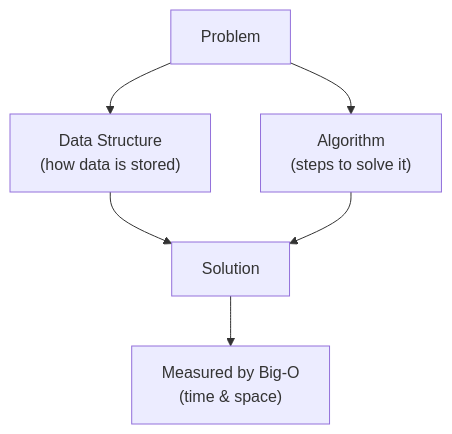
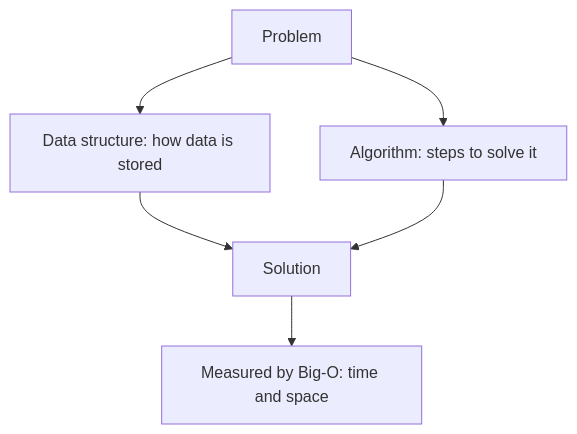
Before and after one commit to mohammad-mriesh-job/cortex: the first of 2 diagrams in src/modules/dsa/content/01-foundations/01-what-is-dsa.md, drawn with Mermaid. The commit also changed other lines of this file and 257 other files, not shown here.

````diff
--- a/src/modules/dsa/content/01-foundations/01-what-is-dsa.md
+++ b/src/modules/dsa/content/01-foundations/01-what-is-dsa.md
@@ -17,8 +17,8 @@
 ```mermaid
 flowchart TD
-  P["Problem"] --> D["Data Structure<br/>(how data is stored)"]
-  P --> A["Algorithm<br/>(steps to solve it)"]
+  P["Problem"] --> D["Data structure: how data is stored"]
+  P --> A["Algorithm: steps to solve it"]
   D --> S["Solution"]
   A --> S
-  S --> M["Measured by Big-O<br/>(time & space)"]
+  S --> M["Measured by Big-O: time and space"]
 ```
````
